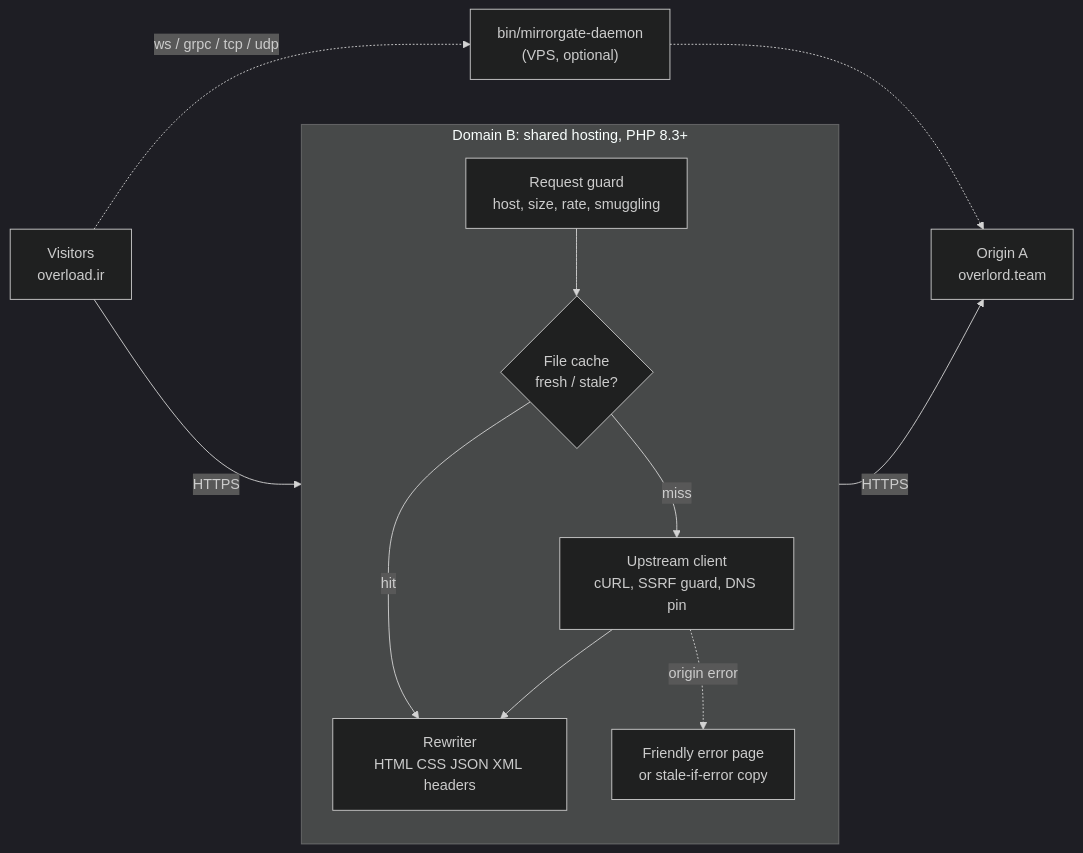
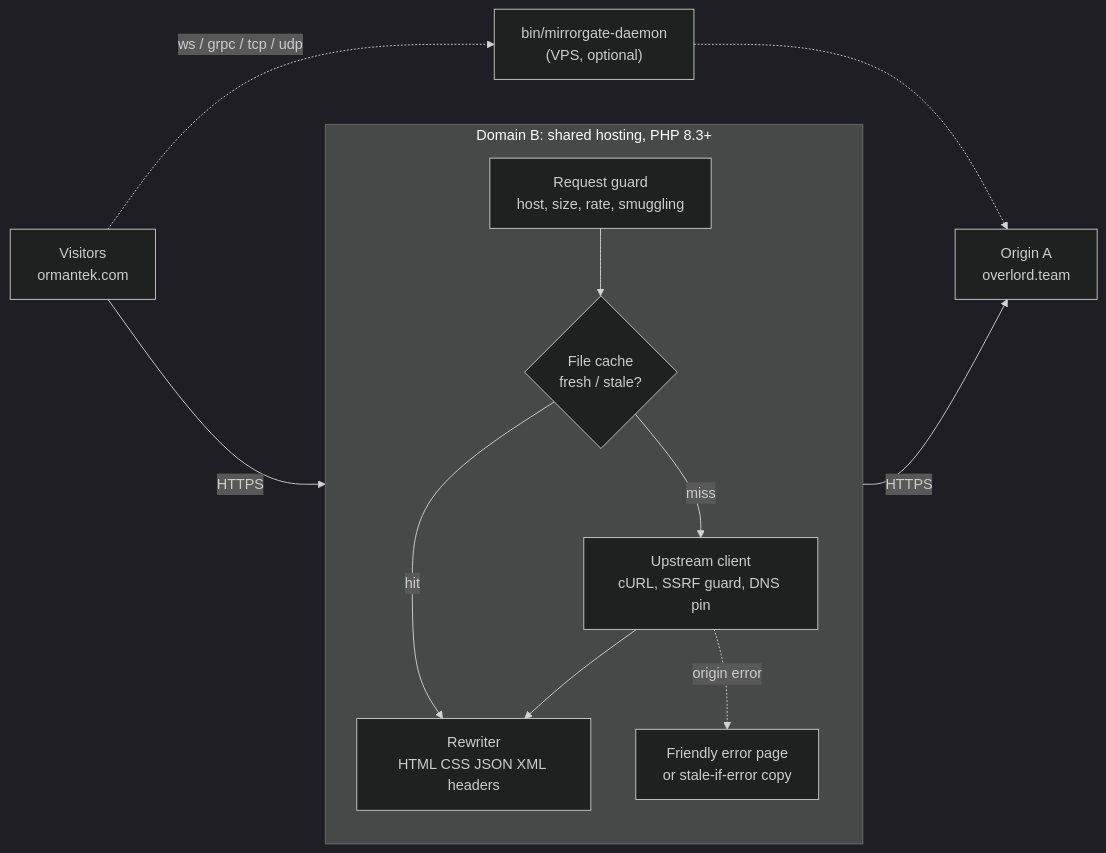
Before and after one commit to moonshadowrev/mirrorgate: the diagram in README.md, drawn with Mermaid (dark theme). The commit also changed other lines of this file and 38 other files, not shown here.

Commit message:
chore: use ormantek.com as showcase domain, update dev deps (phpunit 12 for PHP 8.3), pin dependabot

````diff
--- a/README.md
+++ b/README.md
@@ -49,18 +49,18 @@
 ```mermaid
 flowchart LR
-    V["Visitors<br/>overload.ir"] -->|HTTPS| G
+    V["Visitors<br/>ormantek.com"] -->|HTTPS| G
 
     subgraph B["Domain B: shared hosting, PHP 8.3+"]
         direction TB
         G["Request guard<br/>host, size, rate, smuggling"] --> C{"File cache<br/>fresh / stale?"}
         C -->|hit| R["Rewriter<br/>HTML CSS JSON XML headers"]
         C -->|miss| U["Upstream client<br/>cURL, SSRF guard, DNS pin"]
         U --> R
         U -.->|origin error| E["Friendly error page<br/>or stale-if-error copy"]
     end
 
     U -->|HTTPS| O["Origin A<br/>overlord.team"]
 
     V -.->|"ws / grpc / tcp / udp"| D["bin/mirrorgate-daemon<br/>(VPS, optional)"]
     D -.-> O
 ```
````
